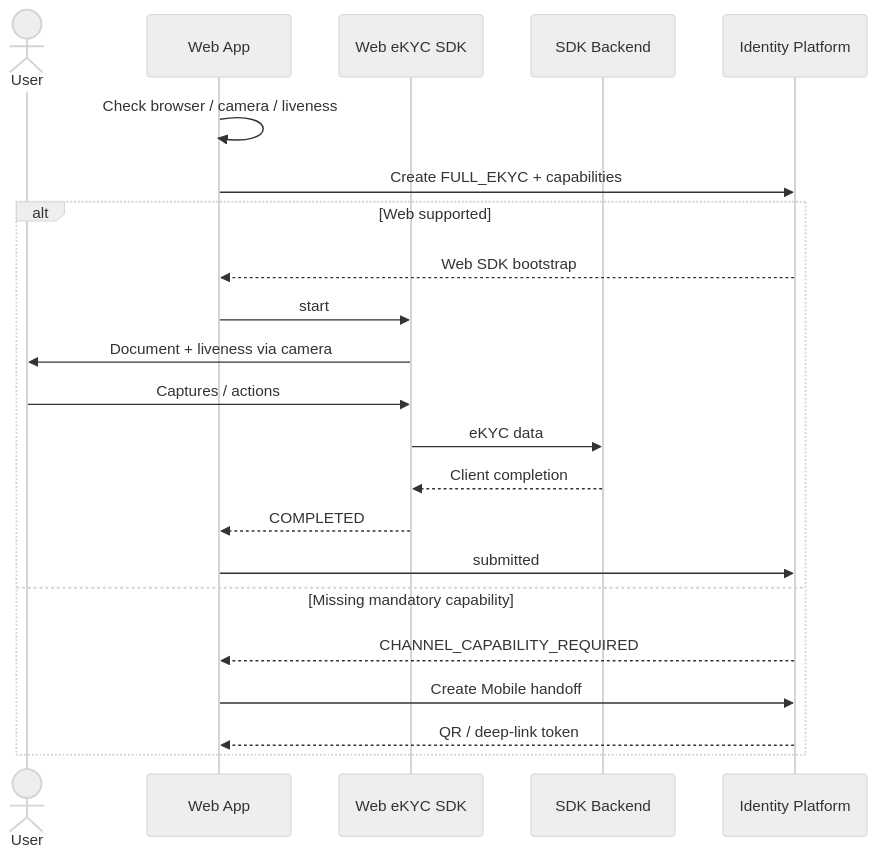
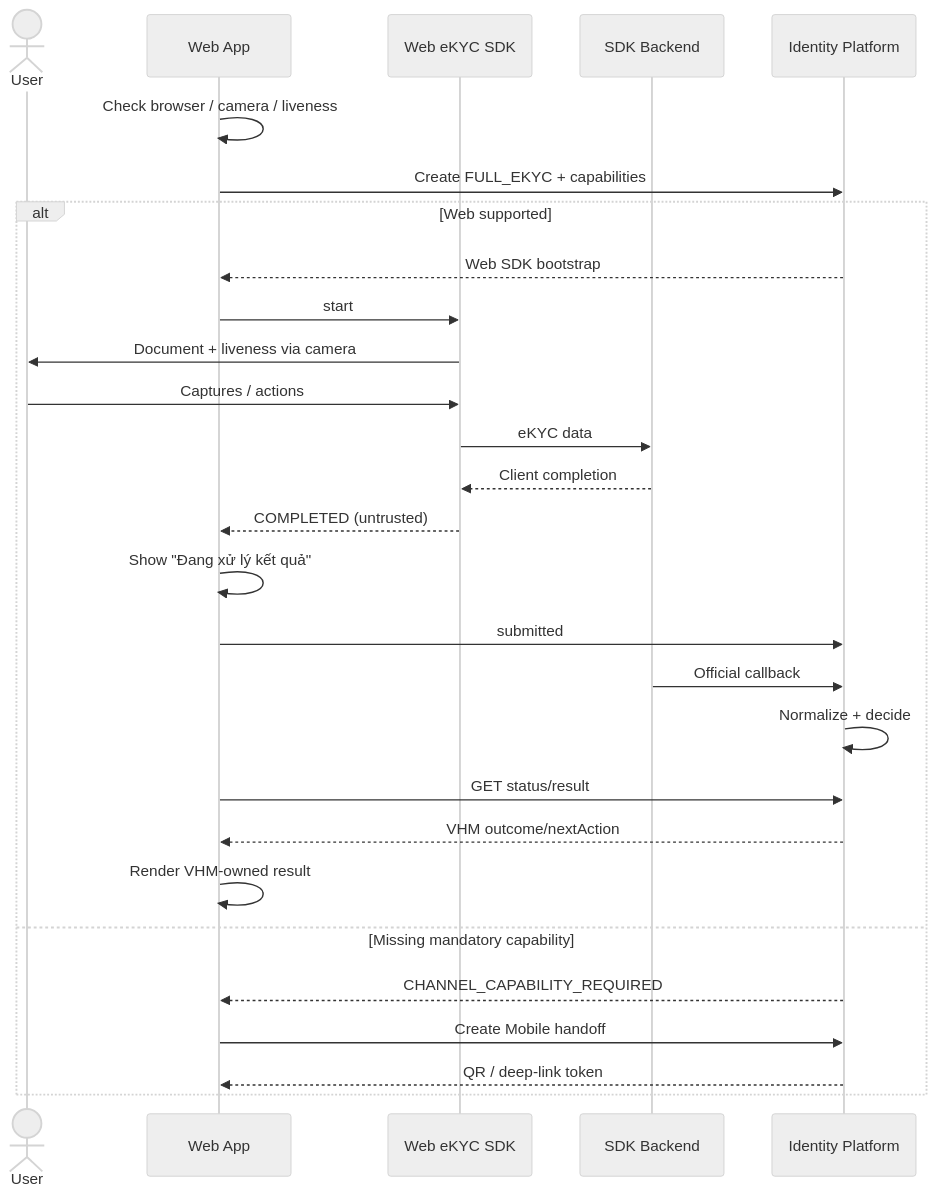
Diagram 24 of 37 in README.md (huynv-xyz/vhm), drawn with Mermaid (neutral theme) before and after one commit. The commit also changed other lines of this file, not shown here.

````diff
--- a/README.md
+++ b/README.md
@@ -2194,24 +2213,30 @@
 ```mermaid
 sequenceDiagram
     actor User
     participant WEB as Web App
     participant SDK as Web eKYC SDK
     participant PROVIDER as SDK Backend
     participant IV as Identity Platform
     WEB->>WEB: Check browser / camera / liveness
     WEB->>IV: Create FULL_EKYC + capabilities
     alt Web supported
         IV-->>WEB: Web SDK bootstrap
         WEB->>SDK: start
         SDK->>User: Document + liveness via camera
         User->>SDK: Captures / actions
         SDK->>PROVIDER: eKYC data
         PROVIDER-->>SDK: Client completion
-        SDK-->>WEB: COMPLETED
+        SDK-->>WEB: COMPLETED (untrusted)
+        WEB->>WEB: Show "Đang xử lý kết quả"
         WEB->>IV: submitted
+        PROVIDER->>IV: Official callback
+        IV->>IV: Normalize + decide
+        WEB->>IV: GET status/result
+        IV-->>WEB: VHM outcome/nextAction
+        WEB->>WEB: Render VHM-owned result
     else Missing mandatory capability
         IV-->>WEB: CHANNEL_CAPABILITY_REQUIRED
         WEB->>IV: Create Mobile handoff
         IV-->>WEB: QR / deep-link token
     end
 ```
````
